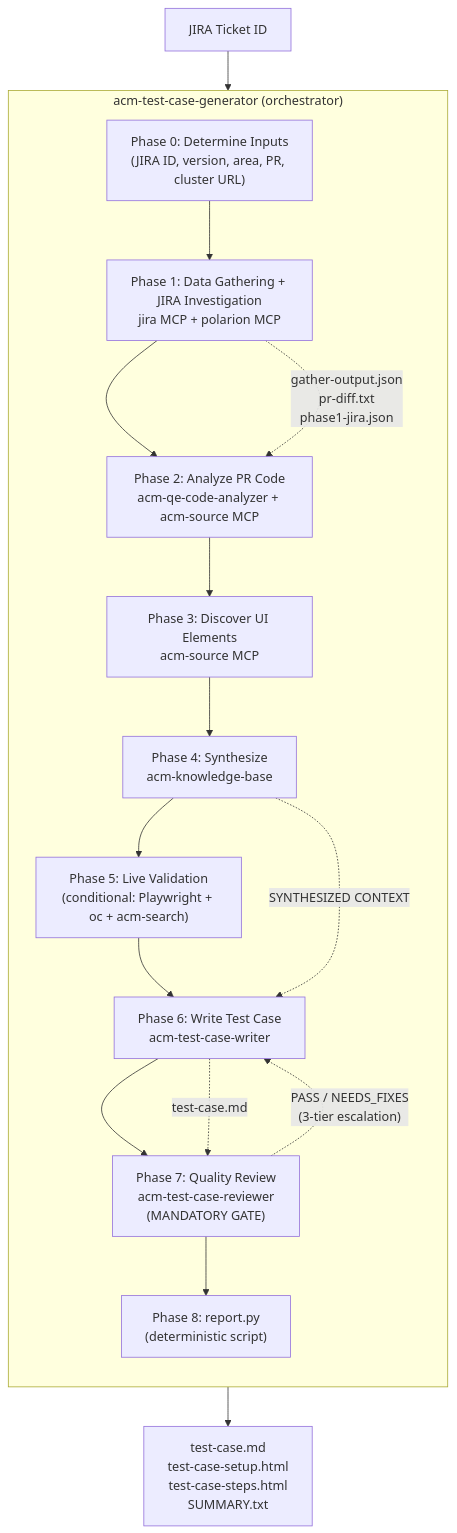
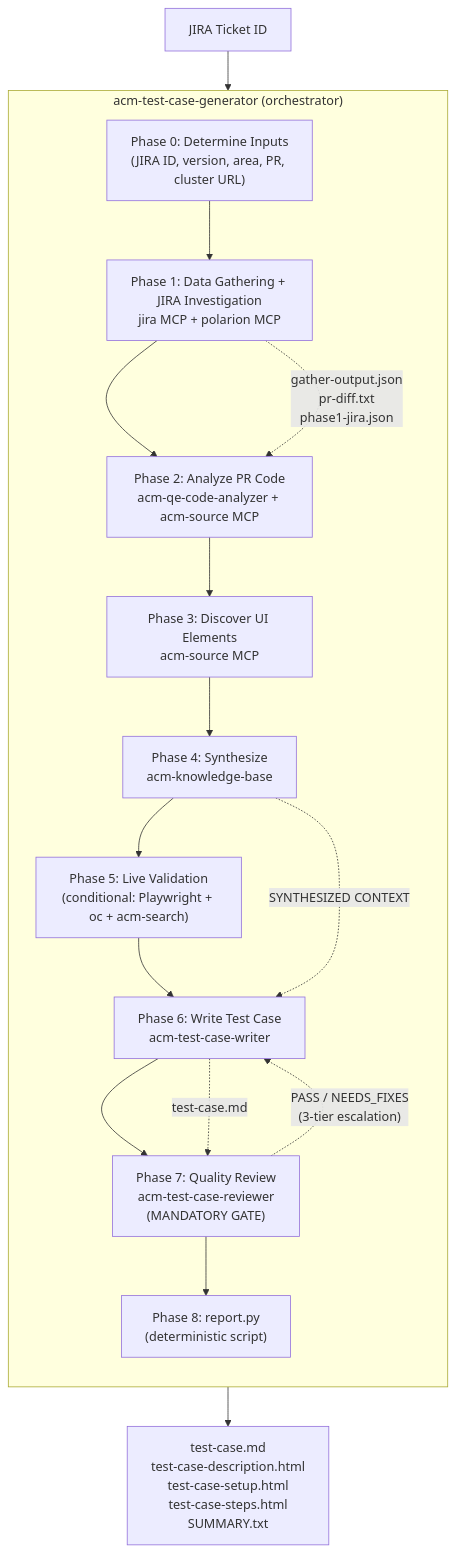
Before and after one commit to stolostron/acm-ai-qe: the first of 7 diagrams in docs/test-case-generator/07-SKILL-ARCHITECTURE.md, drawn with Mermaid. The commit also changed other lines of this file and 51 other files, not shown here.

````diff
--- a/docs/test-case-generator/07-SKILL-ARCHITECTURE.md
+++ b/docs/test-case-generator/07-SKILL-ARCHITECTURE.md
@@ -48,33 +48,33 @@
 ```mermaid
 flowchart TD
     JIRA["JIRA Ticket ID"] --> TCG
 
     subgraph TCG["acm-test-case-generator (orchestrator)"]
         direction TB
 
         P0["Phase 0: Determine Inputs\n(JIRA ID, version, area, PR, cluster URL)"]
         P1["Phase 1: Data Gathering + JIRA Investigation\njira MCP + polarion MCP"]
         P2["Phase 2: Analyze PR Code\nacm-qe-code-analyzer + acm-source MCP"]
         P3["Phase 3: Discover UI Elements\nacm-source MCP"]
         P4["Phase 4: Synthesize\nacm-knowledge-base"]
         P5["Phase 5: Live Validation\n(conditional: Playwright + oc + acm-search)"]
         P6["Phase 6: Write Test Case\nacm-test-case-writer"]
         P7["Phase 7: Quality Review\nacm-test-case-reviewer\n(MANDATORY GATE)"]
         P8["Phase 8: report.py\n(deterministic script)"]
 
         P0 --> P1
         P1 --> P2
         P2 --> P3
         P3 --> P4
         P4 --> P5
         P5 --> P6
         P6 --> P7
         P7 --> P8
     end
 
     P1 -. "gather-output.json\npr-diff.txt\nphase1-jira.json" .-> P2
     P4 -. "SYNTHESIZED CONTEXT" .-> P6
     P6 -. "test-case.md" .-> P7
     P7 -. "PASS / NEEDS_FIXES\n(3-tier escalation)" .-> P6
-    P8 --> OUT["test-case.md\ntest-case-setup.html\ntest-case-steps.html\nSUMMARY.txt"]
+    P8 --> OUT["test-case.md\ntest-case-description.html\ntest-case-setup.html\ntest-case-steps.html\nSUMMARY.txt"]
 ```
````
